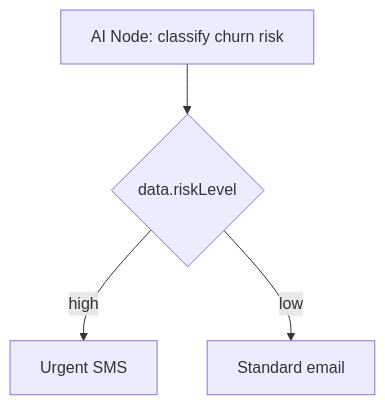
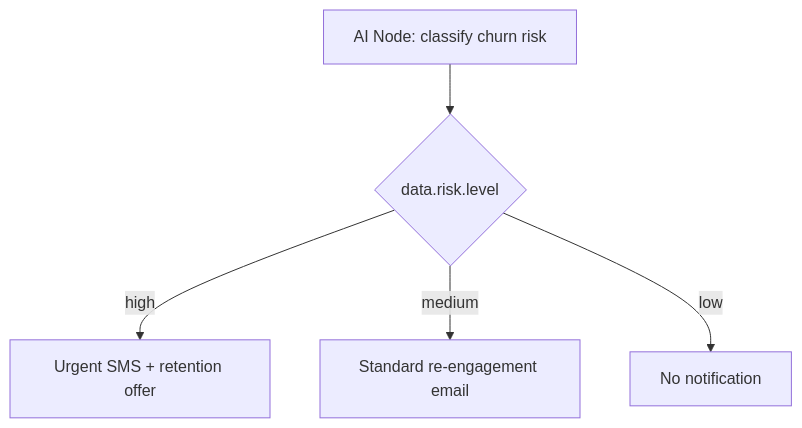
One commit to KriyanshKhunt/nexus_docs changed the second of 2 diagrams in content/docs/en/platform/features/ai-workflow-node.mdx. Above: the diagram before and after it, drawn with Mermaid. The commit also changed other lines of this file and 11 other files, not shown here.

````diff
--- a/content/docs/en/platform/features/ai-workflow-node.mdx
+++ b/content/docs/en/platform/features/ai-workflow-node.mdx
@@ -37,6 +64,7 @@
 ```mermaid
 flowchart TD
-  AI[AI Node: classify churn risk] --> C{data.riskLevel}
-  C -->|high| SMS[Urgent SMS]
-  C -->|low| Email[Standard email]
+  AI[AI Node: classify churn risk] --> C{data.risk.level}
+  C -->|high| SMS[Urgent SMS + retention offer]
+  C -->|medium| Email[Standard re-engagement email]
+  C -->|low| Skip[No notification]
 ```
````
